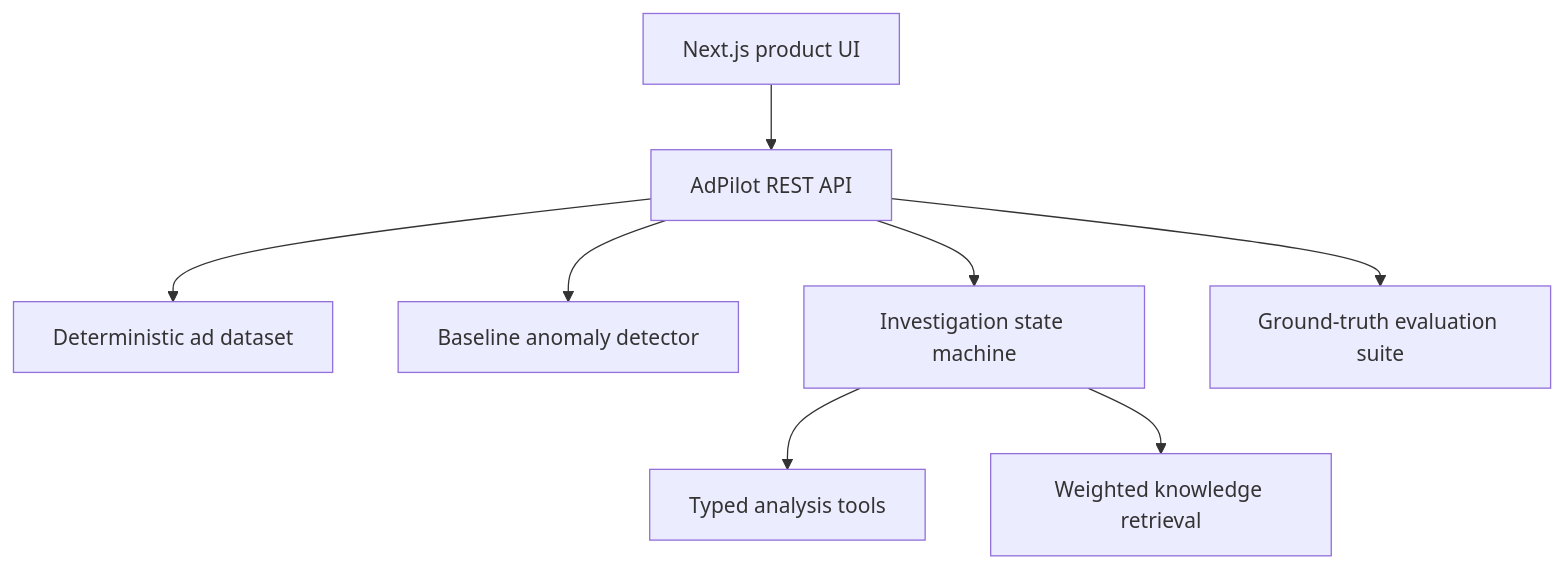
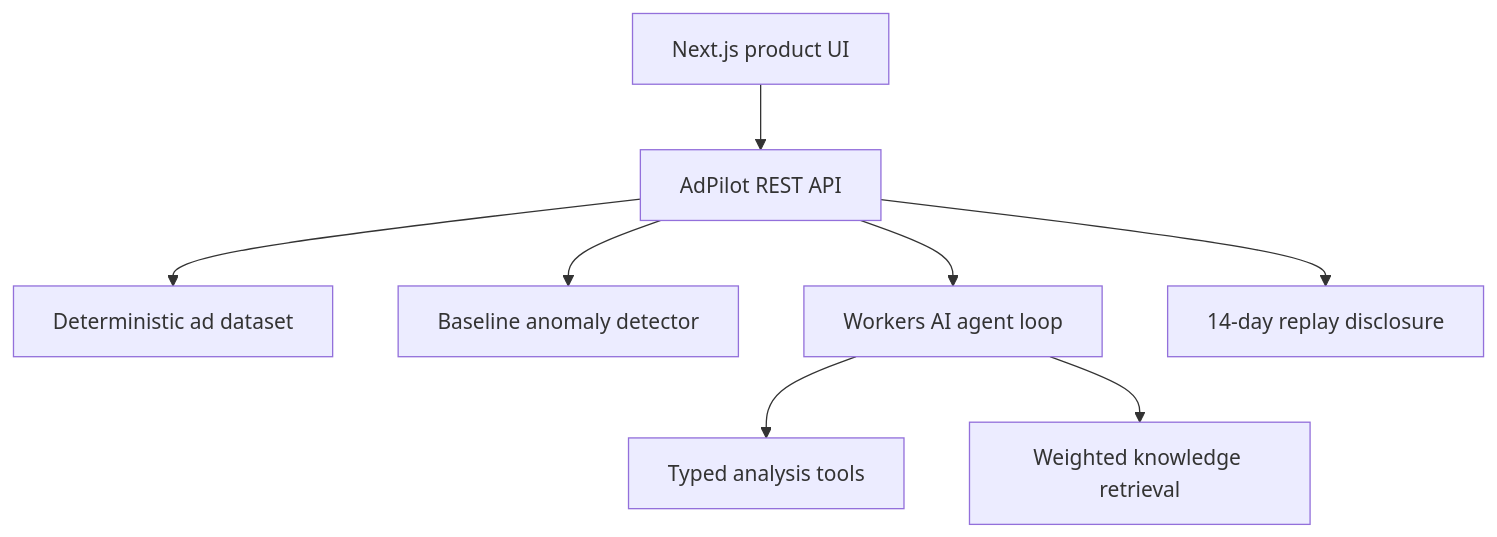
Before and after one commit to kaiying-coder/adpilot: the second of 2 diagrams in README.md, drawn with Mermaid. The commit also changed other lines of this file and 13 other files, not shown here.

First line of the commit message:
Add live Workers AI incident investigation (#1)

````diff
--- a/README.md
+++ b/README.md
@@ -72,10 +73,10 @@
 ```mermaid
 flowchart TB
   UI[Next.js product UI] --> API[AdPilot REST API]
   API --> DATA[Deterministic ad dataset]
   API --> DETECTOR[Baseline anomaly detector]
-  API --> AGENT[Investigation state machine]
+  API --> AGENT[Workers AI agent loop]
   AGENT --> TOOLS[Typed analysis tools]
   AGENT --> RAG[Weighted knowledge retrieval]
-  API --> EVAL[Ground-truth evaluation suite]
+  API --> EVAL[14-day replay disclosure]
 ```
````
